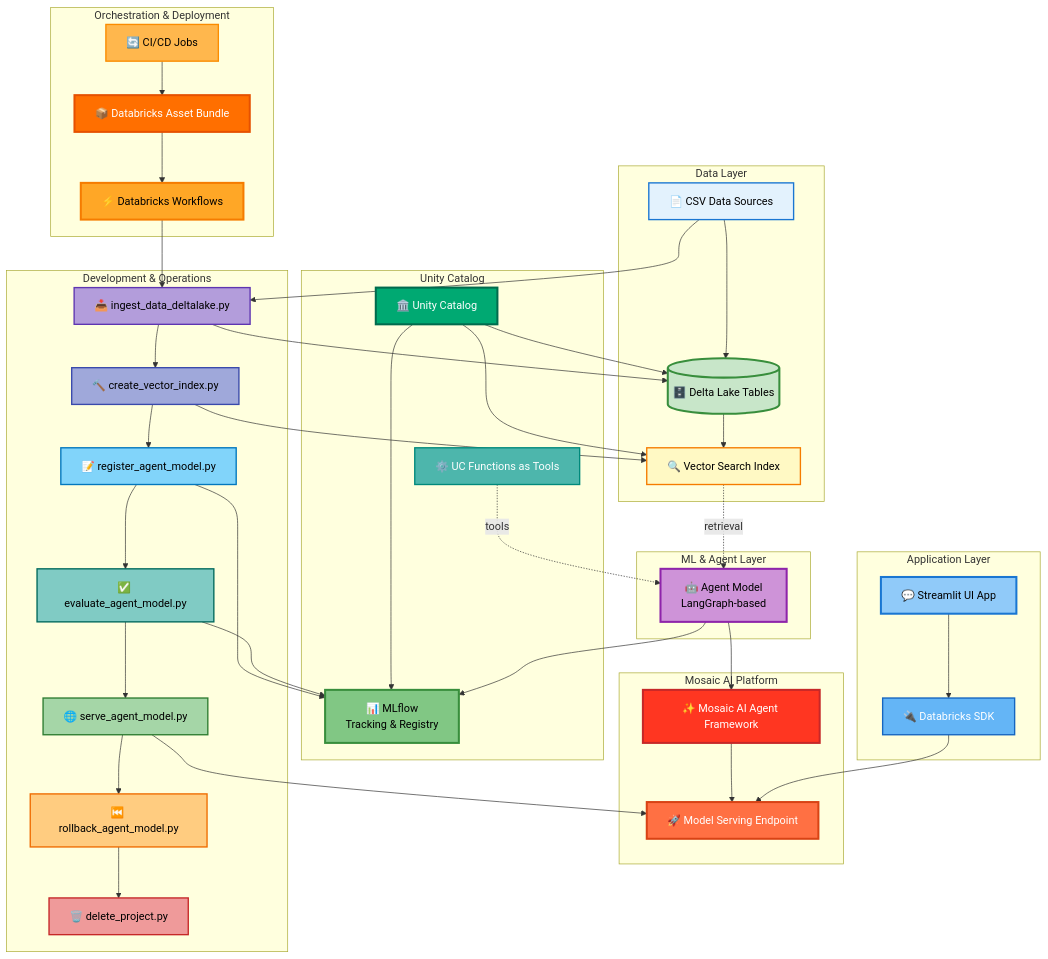
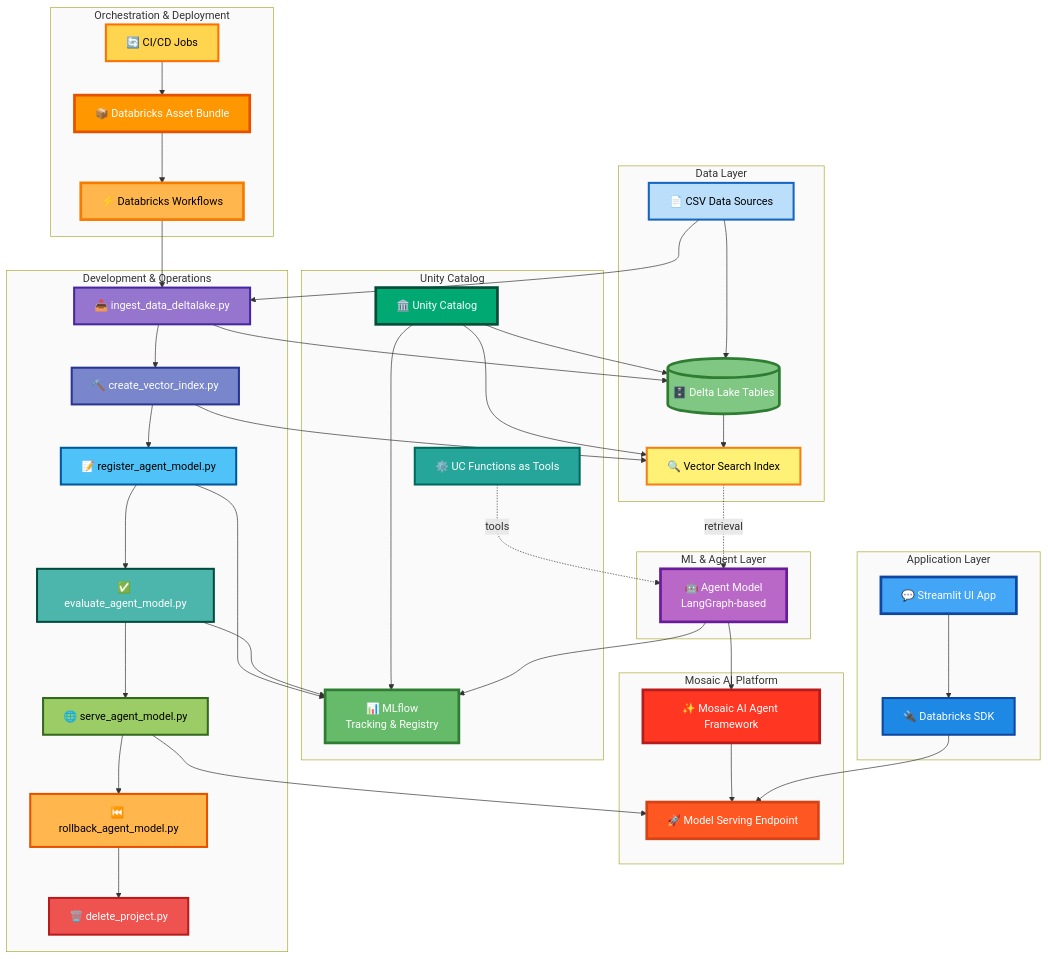
One commit to aloysiusdjosephaws-cmyk/genai-demos changed the diagram in README.md. Above: the diagram before and after it, drawn with Mermaid. The commit also changed other lines of this file, not shown here.

````diff
--- a/README.md
+++ b/README.md
@@ -6,4 +7,5 @@
 ```mermaid
+%%{init: {'theme':'default', 'themeVariables': {'clusterBkg':'#fafafa'}}}%%
 graph TB
     subgraph "Data Layer"
         CSV[📄 CSV Data Sources] --> DeltaLake[(🗄️ Delta Lake Tables)]
@@ -73,31 +75,25 @@
     Evaluate --> MLFlow
     Serve --> ModelServing
     
-    style CSV fill:#e3f2fd,stroke:#1976d2,stroke-width:2px,color:#000
-    style DeltaLake fill:#c8e6c9,stroke:#388e3c,stroke-width:3px,color:#000
-    style VectorSearch fill:#fff9c4,stroke:#f57c00,stroke-width:2px,color:#000
-    
-    style UC fill:#00a972,stroke:#006b4d,stroke-width:3px,color:#fff
-    style UCFunctions fill:#4db6ac,stroke:#00897b,stroke-width:2px,color:#fff
-    
-    style AgentModel fill:#ce93d8,stroke:#8e24aa,stroke-width:3px,color:#000
-    style MLFlow fill:#81c784,stroke:#388e3c,stroke-width:3px,color:#000
-    
-    style MosaicAgent fill:#ff3621,stroke:#c62828,stroke-width:3px,color:#fff
-    style ModelServing fill:#ff7043,stroke:#d84315,stroke-width:3px,color:#fff
-    
-    style DAB fill:#ff6f00,stroke:#e65100,stroke-width:3px,color:#fff
-    style Workflows fill:#ffa726,stroke:#f57c00,stroke-width:3px,color:#000
-    style CICD fill:#ffb74d,stroke:#fb8c00,stroke-width:2px,color:#000
-    
-    style Streamlit fill:#90caf9,stroke:#1976d2,stroke-width:3px,color:#000
-    style API fill:#64b5f6,stroke:#1565c0,stroke-width:2px,color:#fff
-    
-    style Ingest fill:#b39ddb,stroke:#5e35b1,stroke-width:2px,color:#000
-    style CreateIndex fill:#9fa8da,stroke:#3949ab,stroke-width:2px,color:#000
-    style Register fill:#81d4fa,stroke:#0277bd,stroke-width:2px,color:#000
-    style Evaluate fill:#80cbc4,stroke:#00695c,stroke-width:2px,color:#000
-    style Serve fill:#a5d6a7,stroke:#2e7d32,stroke-width:2px,color:#000
-    style Rollback fill:#ffcc80,stroke:#ef6c00,stroke-width:2px,color:#000
-    style Delete fill:#ef9a9a,stroke:#c62828,stroke-width:2px,color:#000
+    style CSV fill:#bbdefb,stroke:#1565c0,stroke-width:3px,color:#000
+    style DeltaLake fill:#81c784,stroke:#2e7d32,stroke-width:4px,color:#fff
+    style VectorSearch fill:#fff176,stroke:#f57f17,stroke-width:3px,color:#000
+    style UC fill:#00a972,stroke:#004d3a,stroke-width:4px,color:#fff
+    style UCFunctions fill:#26a69a,stroke:#00695c,stroke-width:3px,color:#fff
+    style AgentModel fill:#ba68c8,stroke:#6a1b9a,stroke-width:4px,color:#fff
+    style MLFlow fill:#66bb6a,stroke:#2e7d32,stroke-width:4px,color:#fff
+    style MosaicAgent fill:#ff3621,stroke:#b71c1c,stroke-width:4px,color:#fff
+    style ModelServing fill:#ff5722,stroke:#d84315,stroke-width:4px,color:#fff
+    style DAB fill:#ff9800,stroke:#e65100,stroke-width:4px,color:#fff
+    style Workflows fill:#ffb74d,stroke:#f57c00,stroke-width:4px,color:#000
+    style CICD fill:#ffd54f,stroke:#ff6f00,stroke-width:3px,color:#000
+    style Streamlit fill:#42a5f5,stroke:#0d47a1,stroke-width:4px,color:#fff
+    style API fill:#1e88e5,stroke:#0d47a1,stroke-width:3px,color:#fff
+    style Ingest fill:#9575cd,stroke:#4527a0,stroke-width:3px,color:#fff
+    style CreateIndex fill:#7986cb,stroke:#283593,stroke-width:3px,color:#fff
+    style Register fill:#4fc3f7,stroke:#01579b,stroke-width:3px,color:#000
+    style Evaluate fill:#4db6ac,stroke:#004d40,stroke-width:3px,color:#fff
+    style Serve fill:#9ccc65,stroke:#33691e,stroke-width:3px,color:#000
+    style Rollback fill:#ffb74d,stroke:#e65100,stroke-width:3px,color:#000
+    style Delete fill:#ef5350,stroke:#b71c1c,stroke-width:3px,color:#fff
 ```
````
